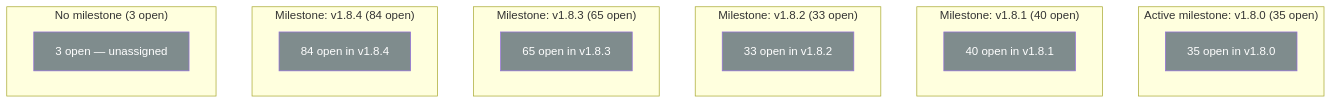
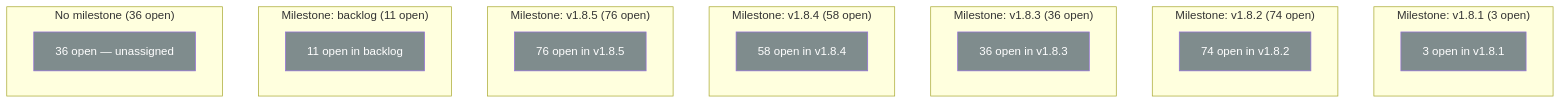
The diagram in docs/ops/ISSUE_QUEUE_SEQUENCING_MAP.md (DataBoar/data-boar), drawn with Mermaid before and after one commit. The commit also changed other lines of this file and 13 other files, not shown here.

````diff
--- a/docs/ops/ISSUE_QUEUE_SEQUENCING_MAP.md
+++ b/docs/ops/ISSUE_QUEUE_SEQUENCING_MAP.md
@@ -11,32 +11,36 @@
 ```mermaid
 flowchart TD
 
-subgraph ms_1["Active milestone: v1.8.0 (35 open)"]
-  n1["35 open in v1.8.0"]:::p3
+subgraph ms_1["Milestone: v1.8.1 (3 open)"]
+  n1["3 open in v1.8.1"]:::p3
 end
 
-subgraph ms_2["Milestone: v1.8.1 (40 open)"]
-  n2["40 open in v1.8.1"]:::p3
+subgraph ms_2["Milestone: v1.8.2 (74 open)"]
+  n2["74 open in v1.8.2"]:::p3
 end
 
-subgraph ms_3["Milestone: v1.8.2 (33 open)"]
-  n3["33 open in v1.8.2"]:::p3
+subgraph ms_3["Milestone: v1.8.3 (36 open)"]
+  n3["36 open in v1.8.3"]:::p3
 end
 
-subgraph ms_4["Milestone: v1.8.3 (65 open)"]
-  n4["65 open in v1.8.3"]:::p3
+subgraph ms_4["Milestone: v1.8.4 (58 open)"]
+  n4["58 open in v1.8.4"]:::p3
 end
 
-subgraph ms_5["Milestone: v1.8.4 (84 open)"]
-  n5["84 open in v1.8.4"]:::p3
+subgraph ms_5["Milestone: v1.8.5 (76 open)"]
+  n5["76 open in v1.8.5"]:::p3
 end
 
-subgraph unassigned["No milestone (3 open)"]
-  n6["3 open — unassigned"]:::p3
+subgraph ms_6["Milestone: backlog (11 open)"]
+  n6["11 open in backlog"]:::p3
+end
+
+subgraph unassigned["No milestone (36 open)"]
+  n7["36 open — unassigned"]:::p3
 end
 
 classDef p0 fill:#c0392b,color:#fff
 classDef p1 fill:#e67e22,color:#fff
 classDef p2 fill:#2980b9,color:#fff
 classDef p3 fill:#7f8c8d,color:#fff
 ```
````
